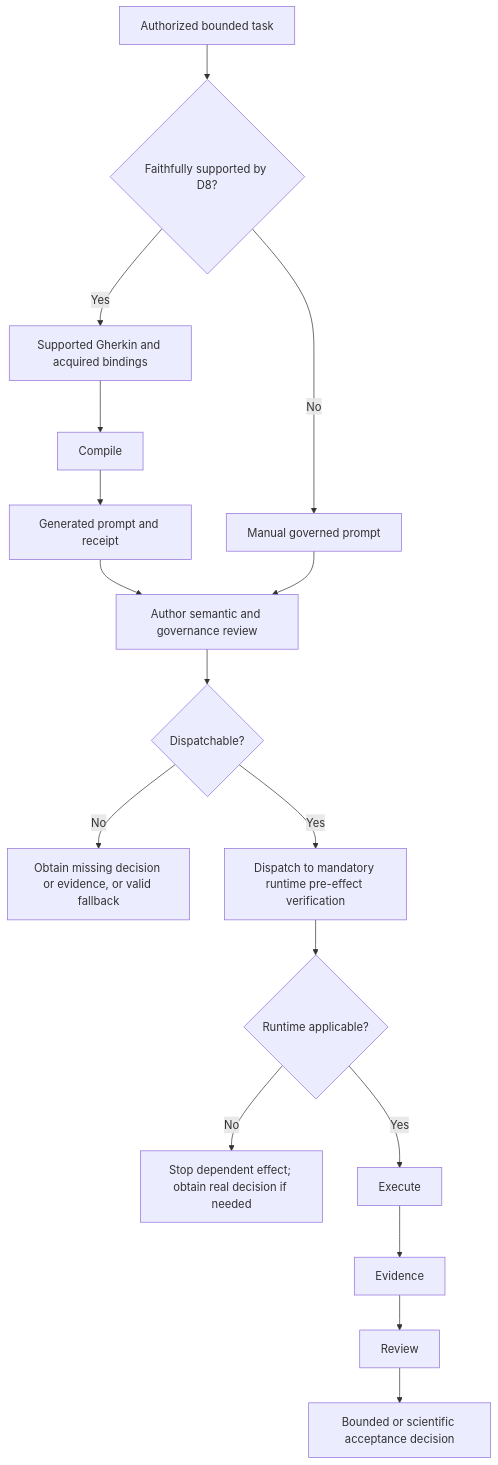
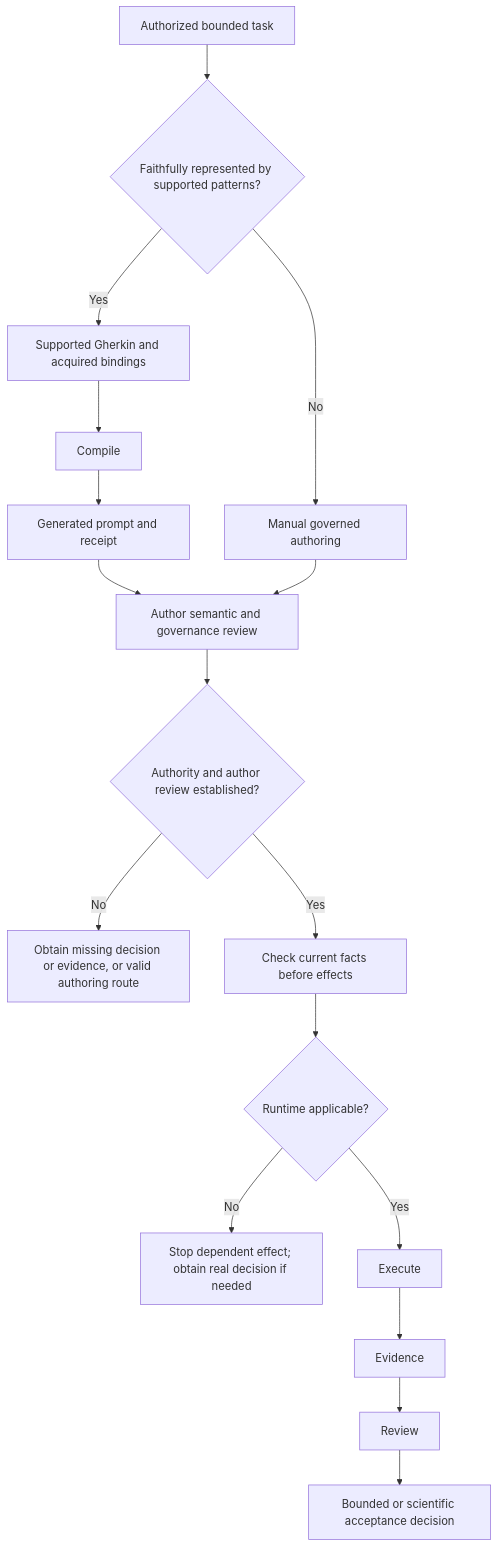
Before and after one commit to anpicci/TOP26006_fw: the diagram in docs/how_to/compile_governance_workflow.md, drawn with Mermaid. The commit also changed other lines of this file and 11 other files, not shown here.

````diff
--- a/docs/how_to/compile_governance_workflow.md
+++ b/docs/how_to/compile_governance_workflow.md
@@ -18,21 +19,21 @@
 ```mermaid
 flowchart TD
     accTitle: Governed authoring and runtime applicability
-    accDescr: An authorized task takes the supported compiler route or the manual governed route. Both require author review, dispatchability, mandatory runtime verification and a separate applicability gate before execution, evidence, review and acceptance.
-    task["Authorized bounded task"] --> supported{"Faithfully supported by D8?"}
+    accDescr: An authorized task takes the supported compiler route or the manual governed route. Both require author review, established authority and current execution checks with a separate applicability gate before execution, evidence, review and acceptance.
+    task["Authorized bounded task"] --> supported{"Faithfully represented by supported patterns?"}
     supported -->|Yes| source["Supported Gherkin and acquired bindings"]
     source --> compile["Compile"]
     compile --> generated["Generated prompt and receipt"]
-    supported -->|No| manual["Manual governed prompt"]
+    supported -->|No| manual["Manual governed authoring"]
     generated --> author["Author semantic and governance review"]
     manual --> author
-    author --> dispatchable{"Dispatchable?"}
-    dispatchable -->|No| missing["Obtain missing decision or evidence, or valid fallback"]
-    dispatchable -->|Yes| runtime["Dispatch to mandatory runtime pre-effect verification"]
+    author --> authorized{"Authority and author review established?"}
+    authorized -->|No| missing["Obtain missing decision or evidence, or valid authoring route"]
+    authorized -->|Yes| runtime["Check current facts before effects"]
     runtime --> applicable{"Runtime applicable?"}
     applicable -->|No| stop["Stop dependent effect; obtain real decision if needed"]
     applicable -->|Yes| execute["Execute"]
     execute --> evidence["Evidence"]
     evidence --> review["Review"]
     review --> acceptance["Bounded or scientific acceptance decision"]
 ```
````
